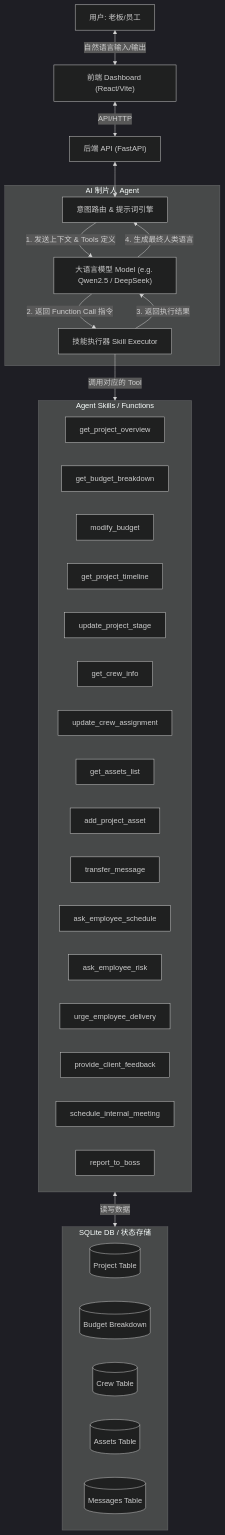
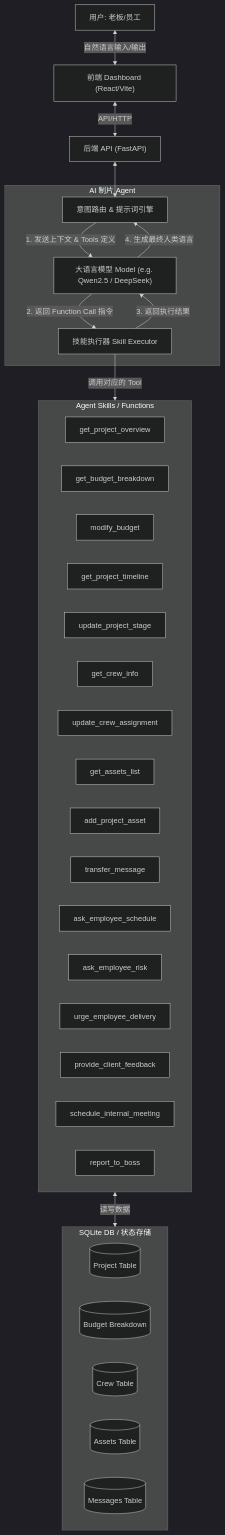
The diagram in AI_Producer_Product_Features.md (Rebootony/AI_Producer), drawn with Mermaid (dark theme) before and after one commit. The commit also changed other lines of this file and 15 other files, not shown here.

````diff
--- a/AI_Producer_Product_Features.md
+++ b/AI_Producer_Product_Features.md
@@ -76,49 +76,49 @@
 ```mermaid
 graph TD
     User["用户: 老板/员工"] <-->|"自然语言输入/输出"| Frontend["前端 Dashboard (React/Vite)"]
     
     Frontend <-->|"API/HTTP"| Backend["后端 API (FastAPI)"]
     
-    subgraph AI_Producer_Agent ["AI 制片人 Agent"]
+    subgraph AI_Producer_Agent ["AI 制片 Agent"]
         Router["意图路由 & 提示词引擎"]
         LLM["大语言模型 Model (e.g. Qwen2.5 / DeepSeek)"]
         
         Router -->|"1. 发送上下文 & Tools 定义"| LLM
         LLM -->|"2. 返回 Function Call 指令"| Executor["技能执行器 Skill Executor"]
         Executor -->|"3. 返回执行结果"| LLM
         LLM -->|"4. 生成最终人类语言"| Router
     end
     
     Backend <--> Router
     
     subgraph Skills ["Agent Skills / Functions"]
         S1["get_project_overview"]
         S2["get_budget_breakdown"]
         S3["modify_budget"]
         S4["get_project_timeline"]
         S5["update_project_stage"]
         S6["get_crew_info"]
         S7["update_crew_assignment"]
         S8["get_assets_list"]
         S9["add_project_asset"]
         S10["transfer_message"]
         S11["ask_employee_schedule"]
         S12["ask_employee_risk"]
         S13["urge_employee_delivery"]
         S14["provide_client_feedback"]
         S15["schedule_internal_meeting"]
         S16["report_to_boss"]
     end
     
     Executor -->|"调用对应的 Tool"| Skills
     
     subgraph Database ["SQLite DB / 状态存储"]
         DB_Proj[("Project Table")]
         DB_Budget[("Budget Breakdown")]
         DB_Crew[("Crew Table")]
         DB_Assets[("Assets Table")]
         DB_Msg[("Messages Table")]
     end
     
     Skills <-->|"读写数据"| Database
 ```
````
